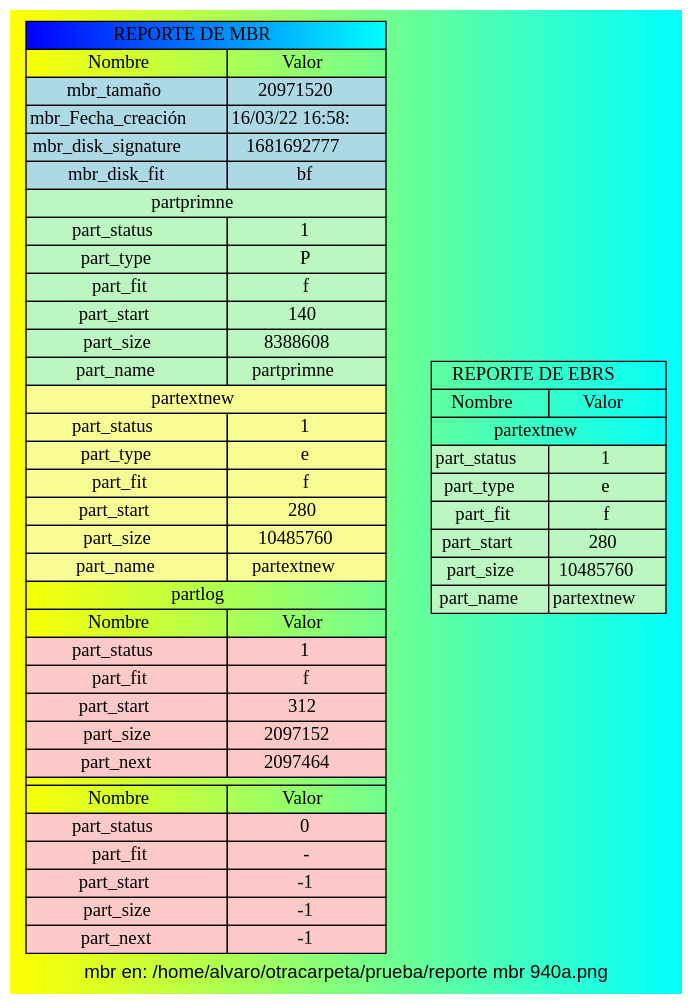
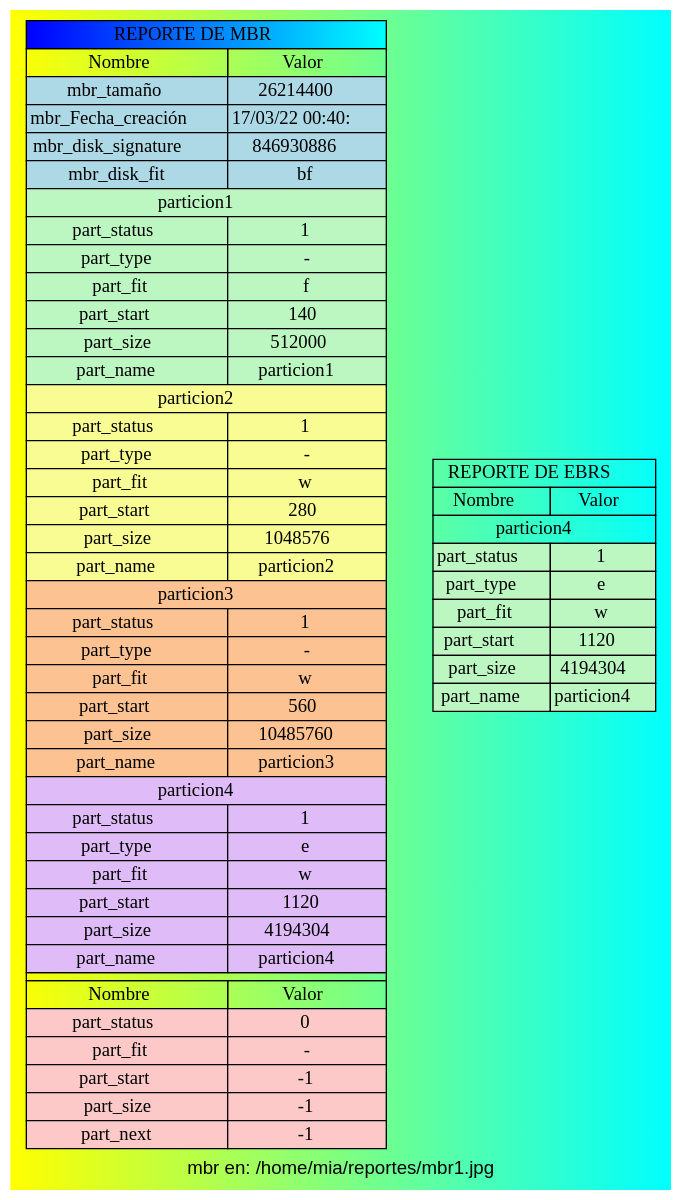
The diagram in src/REPORTE_MBR_202000194.dot (Alvaro-SP/-MIA-B-_Proyecto1_202000194), drawn with Graphviz before and after one commit. The commit also changed 7 other files, not shown here.

```diff
--- a/src/REPORTE_MBR_202000194.dot
+++ b/src/REPORTE_MBR_202000194.dot
@@ -1,62 +1,69 @@
 digraph migraph{
-     bgcolor="yellow:cyan"     gradientangle=0    label="mbr en: /home/alvaro/otracarpeta/prueba/reporte mbr 940a.png"    fontcolor="black"    fontname="Helvetica,Arial,sans-serif"
+     bgcolor="yellow:cyan"     gradientangle=0    label="mbr en: /home/mia/reportes/mbr1.jpg"    fontcolor="black"    fontname="Helvetica,Arial,sans-serif"
 
 tbl [
 shape=plaintext
  label=<
 <table border='0' cellborder='1' cellspacing='0'>
 <tr><td colspan="3" bgcolor="blue:cyan">REPORTE DE MBR</td></tr>
 <th><td>Nombre</td><td>Valor</td></th>
-<tr><td bgcolor="lightblue">mbr_tamaño</td><td bgcolor="lightblue">20971520</td></tr>
-<tr><td bgcolor="lightblue">mbr_Fecha_creación</td><td bgcolor="lightblue">16/03/22 16:58:</td></tr>
-<tr><td bgcolor="lightblue">mbr_disk_signature</td><td bgcolor="lightblue">1681692777</td></tr>
+<tr><td bgcolor="lightblue">mbr_tamaño</td><td bgcolor="lightblue">26214400</td></tr>
+<tr><td bgcolor="lightblue">mbr_Fecha_creación</td><td bgcolor="lightblue">17/03/22 00:40:</td></tr>
+<tr><td bgcolor="lightblue">mbr_disk_signature</td><td bgcolor="lightblue">846930886</td></tr>
 <tr><td bgcolor="lightblue">mbr_disk_fit</td><td bgcolor="lightblue">bf</td></tr>
-<tr><td colspan="2" bgcolor="#bcf7c1">partprimne</td></tr>
+<tr><td colspan="2" bgcolor="#bcf7c1">particion1</td></tr>
 <tr><td bgcolor="#bcf7c1">part_status</td><td bgcolor="#bcf7c1">1</td></tr>
-<tr><td bgcolor="#bcf7c1">part_type</td><td bgcolor="#bcf7c1">P</td></tr>
+<tr><td bgcolor="#bcf7c1">part_type</td><td bgcolor="#bcf7c1">-</td></tr>
 <tr><td bgcolor="#bcf7c1">part_fit</td><td bgcolor="#bcf7c1">f</td></tr>
 <tr><td bgcolor="#bcf7c1">part_start</td><td bgcolor="#bcf7c1">140</td></tr>
-<tr><td bgcolor="#bcf7c1">part_size</td><td bgcolor="#bcf7c1">8388608</td></tr>
-<tr><td bgcolor="#bcf7c1">part_name</td><td bgcolor="#bcf7c1">partprimne</td></tr>
-<tr><td colspan="2" bgcolor="#f8fc92">partextnew</td></tr>
+<tr><td bgcolor="#bcf7c1">part_size</td><td bgcolor="#bcf7c1">512000</td></tr>
+<tr><td bgcolor="#bcf7c1">part_name</td><td bgcolor="#bcf7c1">particion1</td></tr>
+<tr><td colspan="2" bgcolor="#f8fc92">particion2</td></tr>
 <tr><td bgcolor="#f8fc92">part_status</td><td bgcolor="#f8fc92">1</td></tr>
-<tr><td bgcolor="#f8fc92">part_type</td><td bgcolor="#f8fc92">e</td></tr>
-<tr><td bgcolor="#f8fc92">part_fit</td><td bgcolor="#f8fc92">f</td></tr>
+<tr><td bgcolor="#f8fc92">part_type</td><td bgcolor="#f8fc92">-</td></tr>
+<tr><td bgcolor="#f8fc92">part_fit</td><td bgcolor="#f8fc92">w</td></tr>
 <tr><td bgcolor="#f8fc92">part_start</td><td bgcolor="#f8fc92">280</td></tr>
-<tr><td bgcolor="#f8fc92">part_size</td><td bgcolor="#f8fc92">10485760</td></tr>
-<tr><td bgcolor="#f8fc92">part_name</td><td bgcolor="#f8fc92">partextnew</td></tr>
-<tr><td colspan="3">partlog</td></tr>
-<th><td>Nombre</td><td>Valor</td></th>
-<tr><td bgcolor="#fcc8c8">part_status</td><td bgcolor="#fcc8c8">1</td></tr>
-<tr><td bgcolor="#fcc8c8">part_fit</td><td bgcolor="#fcc8c8">f</td></tr>
-<tr><td bgcolor="#fcc8c8">part_start</td><td bgcolor="#fcc8c8">312</td></tr>
-<tr><td bgcolor="#fcc8c8">part_size</td><td bgcolor="#fcc8c8">2097152</td></tr>
-<tr><td bgcolor="#fcc8c8">part_next</td><td bgcolor="#fcc8c8">2097464</td></tr>
+<tr><td bgcolor="#f8fc92">part_size</td><td bgcolor="#f8fc92">1048576</td></tr>
+<tr><td bgcolor="#f8fc92">part_name</td><td bgcolor="#f8fc92">particion2</td></tr>
+<tr><td colspan="2" bgcolor="#fcc292">particion3</td></tr>
+<tr><td bgcolor="#fcc292">part_status</td><td bgcolor="#fcc292">1</td></tr>
+<tr><td bgcolor="#fcc292">part_type</td><td bgcolor="#fcc292">-</td></tr>
+<tr><td bgcolor="#fcc292">part_fit</td><td bgcolor="#fcc292">w</td></tr>
+<tr><td bgcolor="#fcc292">part_start</td><td bgcolor="#fcc292">560</td></tr>
+<tr><td bgcolor="#fcc292">part_size</td><td bgcolor="#fcc292">10485760</td></tr>
+<tr><td bgcolor="#fcc292">part_name</td><td bgcolor="#fcc292">particion3</td></tr>
+<tr><td colspan="2" bgcolor="#dfbcf7">particion4</td></tr>
+<tr><td bgcolor="#dfbcf7">part_status</td><td bgcolor="#dfbcf7">1</td></tr>
+<tr><td bgcolor="#dfbcf7">part_type</td><td bgcolor="#dfbcf7">e</td></tr>
+<tr><td bgcolor="#dfbcf7">part_fit</td><td bgcolor="#dfbcf7">w</td></tr>
+<tr><td bgcolor="#dfbcf7">part_start</td><td bgcolor="#dfbcf7">1120</td></tr>
+<tr><td bgcolor="#dfbcf7">part_size</td><td bgcolor="#dfbcf7">4194304</td></tr>
+<tr><td bgcolor="#dfbcf7">part_name</td><td bgcolor="#dfbcf7">particion4</td></tr>
 <tr><td colspan="3"></td></tr>
 <th><td>Nombre</td><td>Valor</td></th>
 <tr><td bgcolor="#fcc8c8">part_status</td><td bgcolor="#fcc8c8">0</td></tr>
 <tr><td bgcolor="#fcc8c8">part_fit</td><td bgcolor="#fcc8c8">-</td></tr>
 <tr><td bgcolor="#fcc8c8">part_start</td><td bgcolor="#fcc8c8">-1</td></tr>
 <tr><td bgcolor="#fcc8c8">part_size</td><td bgcolor="#fcc8c8">-1</td></tr>
 <tr><td bgcolor="#fcc8c8">part_next</td><td bgcolor="#fcc8c8">-1</td></tr>
 </table>
 >];
 
 
 
 tbl3 [
 shape=plaintext
  label=<
 <table border='0' cellborder='1' cellspacing='0'>
 <tr><td colspan="3">REPORTE DE EBRS</td></tr>
 <th><td>Nombre</td><td>Valor</td></th>
-<tr><td colspan="3">partextnew</td></tr>
+<tr><td colspan="3">particion4</td></tr>
 <tr><td bgcolor="#bcf7c1">part_status</td><td bgcolor="#bcf7c1">1</td></tr>
 <tr><td bgcolor="#bcf7c1">part_type</td><td bgcolor="#bcf7c1">e</td></tr>
-<tr><td bgcolor="#bcf7c1">part_fit</td><td bgcolor="#bcf7c1">f</td></tr>
-<tr><td bgcolor="#bcf7c1">part_start</td><td bgcolor="#bcf7c1">280</td></tr>
-<tr><td bgcolor="#bcf7c1">part_size</td><td bgcolor="#bcf7c1">10485760</td></tr>
-<tr><td bgcolor="#bcf7c1">part_name</td><td bgcolor="#bcf7c1">partextnew</td></tr>
+<tr><td bgcolor="#bcf7c1">part_fit</td><td bgcolor="#bcf7c1">w</td></tr>
+<tr><td bgcolor="#bcf7c1">part_start</td><td bgcolor="#bcf7c1">1120</td></tr>
+<tr><td bgcolor="#bcf7c1">part_size</td><td bgcolor="#bcf7c1">4194304</td></tr>
+<tr><td bgcolor="#bcf7c1">part_name</td><td bgcolor="#bcf7c1">particion4</td></tr>
 </table>
 >];
 }
```
